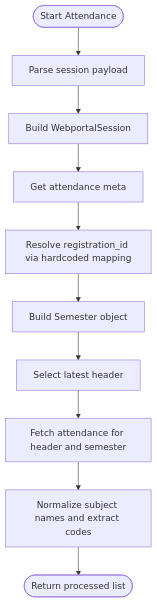
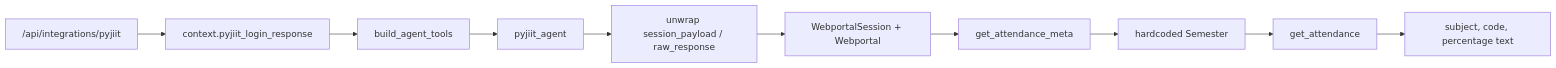
The fifth of 6 diagrams in src/data/docs/agentic-browser/Service Integrations/Academic Portal Integration.md (tashifkhan/tashif.codes), drawn with Mermaid before and after one commit. The commit also changed other lines of this file and 114 other files, not shown here.

````diff
--- a/src/data/docs/agentic-browser/Service Integrations/Academic Portal Integration.md
+++ b/src/data/docs/agentic-browser/Service Integrations/Academic Portal Integration.md
@@ -113,12 +153,12 @@
 ```mermaid
-flowchart TD
-Start(["Start Attendance"]) --> Parse["Parse session payload"]
-Parse --> BuildSession["Build WebportalSession"]
-BuildSession --> Meta["Get attendance meta"]
-Meta --> ResolveSem["Resolve registration_id via hardcoded mapping"]
-ResolveSem --> BuildSem["Build Semester object"]
-BuildSem --> LatestHeader["Select latest header"]
-LatestHeader --> Fetch["Fetch attendance for header and semester"]
-Fetch --> Normalize["Normalize subject names and extract codes"]
-Normalize --> Return(["Return processed list"])
+graph LR
+  Ctx["context.pyjiit_login_response"] --> Build["build_agent_tools"]
+  Build --> Tool["pyjiit_agent"]
+  Tool --> Unwrap["unwrap session_payload / raw_response"]
+  Unwrap --> Fetch["WebportalSession + Webportal"]
+  Fetch --> Meta["get_attendance_meta"]
+  Meta --> Sem["hardcoded Semester"]
+  Sem --> Att["get_attendance"]
+  Att --> Text["subject, code, percentage text"]
+  Secrets["/api/integrations/pyjiit"] --> Ctx
 ```
````
